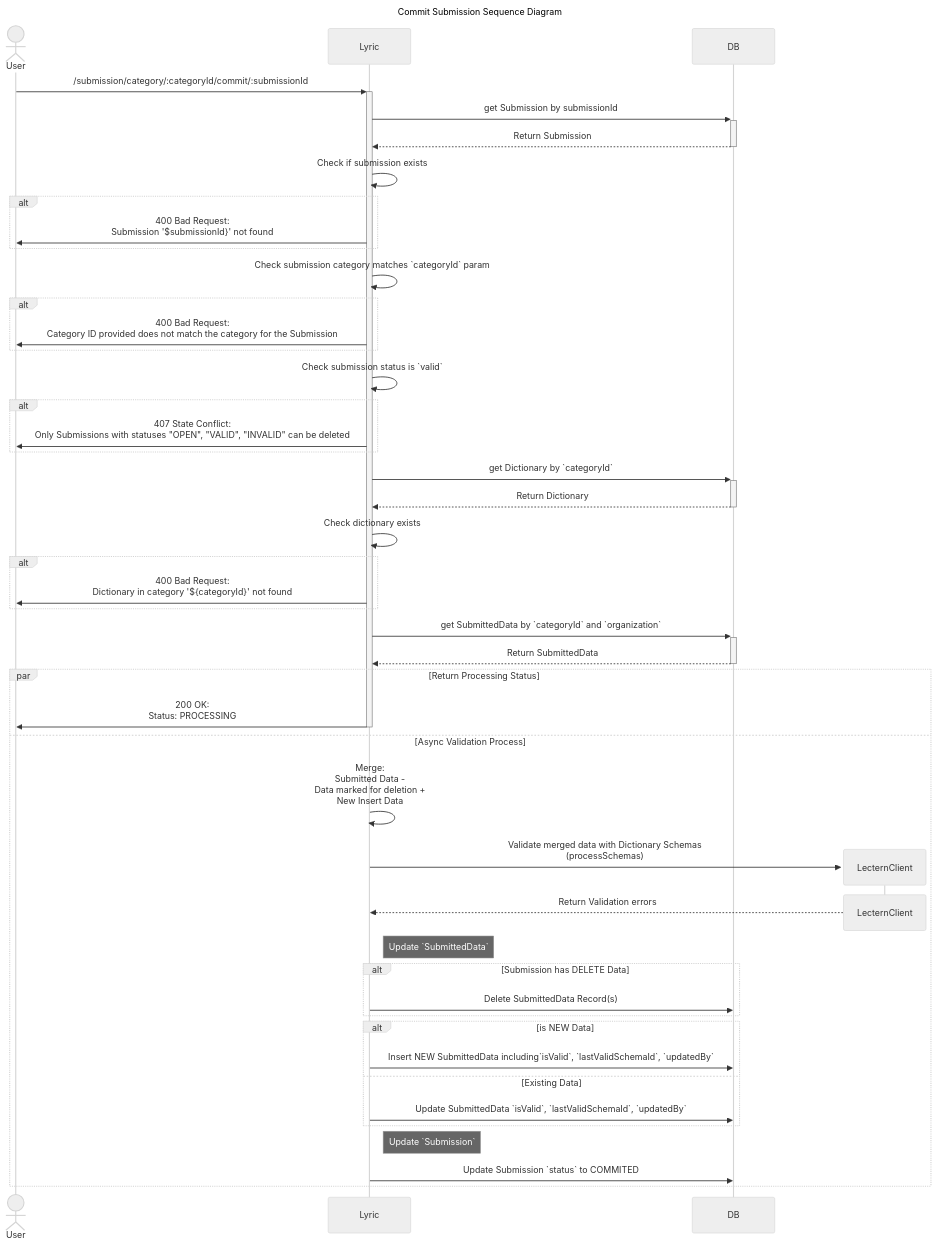
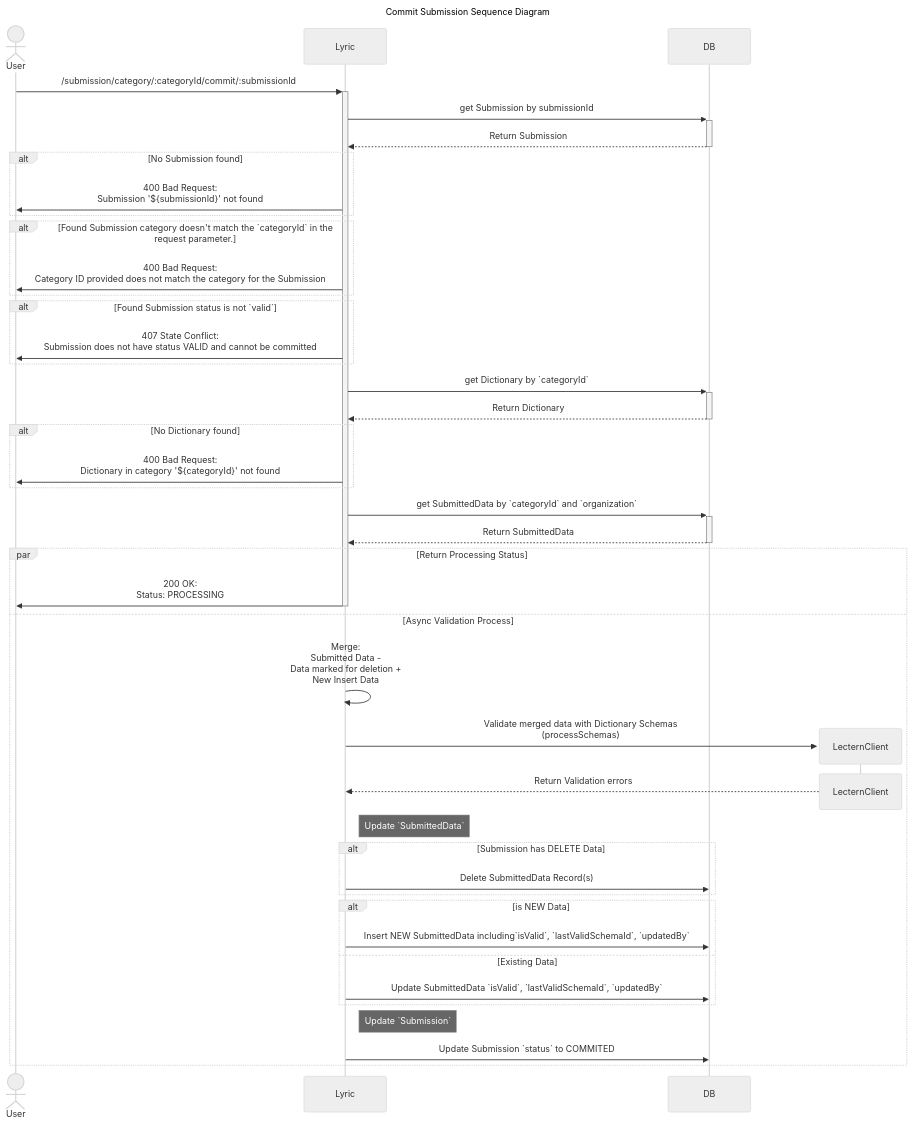
One commit to overture-stack/lyric changed the diagram in packages/data-model/docs/submissionCommit.md. Above: the diagram before and after it, drawn with Mermaid (neutral theme).

Commit message:
update commit submission diagram alt descriptions

````diff
--- a/packages/data-model/docs/submissionCommit.md
+++ b/packages/data-model/docs/submissionCommit.md
@@ -1,70 +1,65 @@
 ```mermaid
 ---
 title: Commit Submission Sequence Diagram
 ---
 sequenceDiagram
     actor User
 
     User->>+Lyric: /submission/category/:categoryId/commit/:submissionId
     Lyric->>+DB: get Submission by submissionId
     DB-->>-Lyric: Return Submission
 
-    Lyric->>Lyric: Check if submission exists
-    alt
-    
-        Lyric->>User: 400 Bad Request:<br />Submission '$submissionId}' not found
+    alt No Submission found
+        Lyric->>User: 400 Bad Request:<br />Submission '${submissionId}' not found
     end
 
-    Lyric->>Lyric: Check submission category matches `categoryId` param
-    alt
+    alt Found Submission category doesn't match the `categoryId` in the request parameter.
         Lyric->>User: 400 Bad Request:<br />Category ID provided does not match the category for the Submission
     end
 
-    Lyric->>Lyric: Check submission status is `valid`
-    alt
-        Lyric->>User: 407 State Conflict:<br />Only Submissions with statuses "OPEN", "VALID", "INVALID" can be deleted
+    alt Found Submission status is not `valid`
+        Lyric->>User: 407 State Conflict:<br />Submission does not have status VALID and cannot be committed
     end
 
     Lyric->>+DB: get Dictionary by `categoryId`
     DB-->>-Lyric: Return Dictionary
 
-    Lyric->>Lyric: Check dictionary exists
-    alt
+    alt No Dictionary found
         Lyric->>User: 400 Bad Request:<br />Dictionary in category '${categoryId}' not found
     end
 
     Lyric->>+DB: get SubmittedData by `categoryId` and `organization`
     DB-->>-Lyric: Return SubmittedData
 
     par Return Processing Status
 
         Lyric->>-User: 200 OK:<br />Status: PROCESSING
 
     and Async Validation Process
         
         Lyric->>Lyric: Merge:<br />Submitted Data -<br />Data marked for deletion +<br />New Insert Data
 
         create participant LecternClient
 
         Lyric->>LecternClient: Validate merged data with Dictionary Schemas <br />(processSchemas)
         destroy LecternClient
         LecternClient-->>Lyric: Return Validation errors
 
         note right of Lyric: Update `SubmittedData`
 
         alt Submission has DELETE Data
             Lyric->>DB: Delete SubmittedData Record(s)
         end
 
         alt is NEW Data
             Lyric->>DB: Insert NEW SubmittedData including`isValid`, `lastValidSchemaId`, `updatedBy`
         else Existing Data
             Lyric->>DB: Update SubmittedData `isValid`, `lastValidSchemaId`, `updatedBy`
         end
 
         note right of Lyric: Update `Submission`
 
          Lyric->>DB: Update Submission `status` to COMMITED
     end
 
 ```
````
